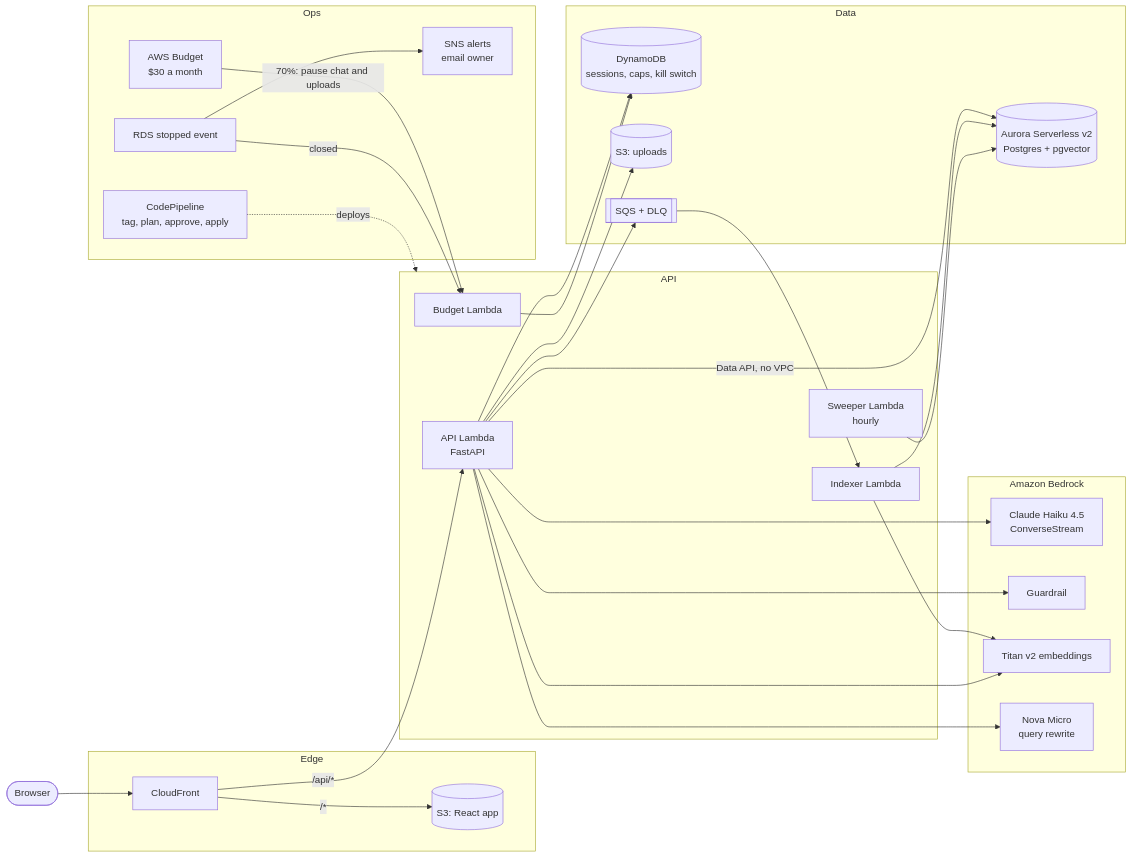
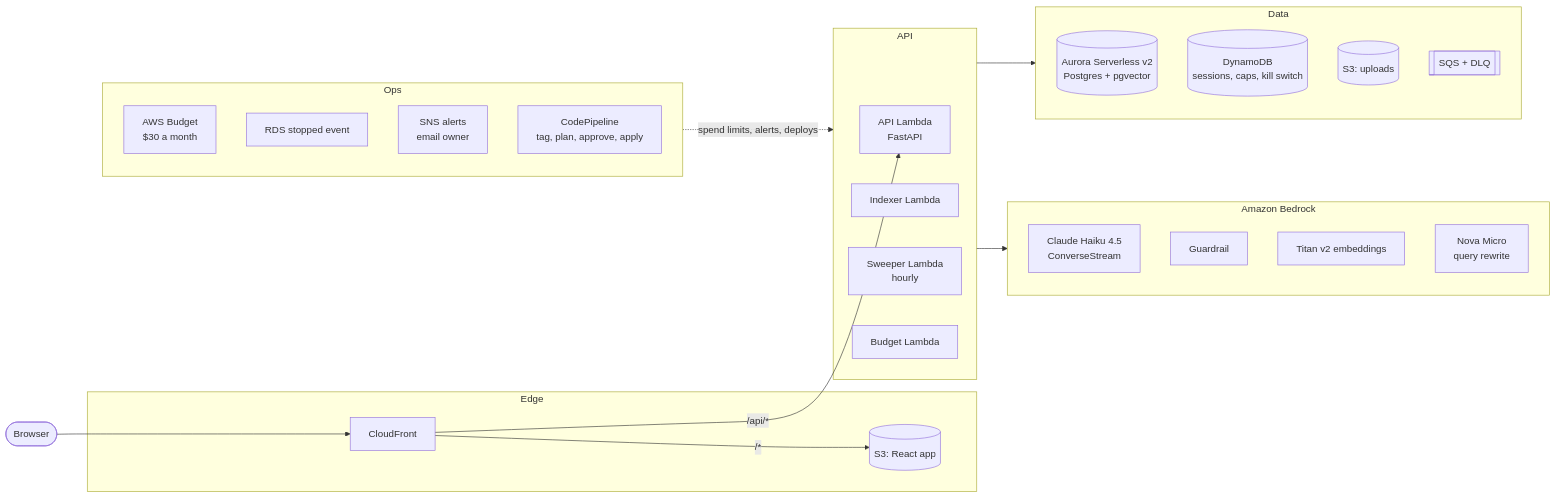
One commit to ahochoy/phoebe-onboarding changed the diagram in README.md. Above: the diagram before and after it, drawn with Mermaid. The commit also changed other lines of this file and 7 other files, not shown here.

First line of the commit message:
docs: GIF-only README hero and a simpler architecture diagram

````diff
--- a/README.md
+++ b/README.md
@@ -26,57 +21,44 @@
 ```mermaid
 flowchart LR
   user([Browser])
 
   subgraph Edge
     cf[CloudFront]
     site[(S3: React app)]
   end
 
   subgraph API
     api[API Lambda<br/>FastAPI]
     worker[Indexer Lambda]
     sweeper[Sweeper Lambda<br/>hourly]
     budgetfn[Budget Lambda]
   end
 
   subgraph Data
     aurora[(Aurora Serverless v2<br/>Postgres + pgvector)]
     ddb[(DynamoDB<br/>sessions, caps, kill switch)]
     uploads[(S3: uploads)]
     sqs[[SQS + DLQ]]
   end
 
   subgraph AI[Amazon Bedrock]
     haiku[Claude Haiku 4.5<br/>ConverseStream]
     guard[Guardrail]
     titan[Titan v2 embeddings]
     nova[Nova Micro<br/>query rewrite]
   end
 
   subgraph Ops
     budget[AWS Budget<br/>$30 a month]
     rdsev[RDS stopped event]
     alerts[SNS alerts<br/>email owner]
     pipe[CodePipeline<br/>tag, plan, approve, apply]
   end
 
   user --> cf
   cf -->|"/*"| site
   cf -->|"/api/*"| api
-  api -->|Data API, no VPC| aurora
-  api --> ddb
-  api --> uploads
-  api --> sqs --> worker
-  worker --> titan
-  worker --> aurora
-  api --> nova
-  api --> titan
-  api --> guard
-  api --> haiku
-  sweeper --> aurora
-  budget -->|70%: pause chat and uploads| budgetfn
-  rdsev -->|closed| budgetfn
-  rdsev --> alerts
-  budgetfn --> ddb
-  pipe -.->|deploys| API
+  API --> Data
+  API --> AI
+  Ops -.->|spend limits, alerts, deploys| API
 ```
````
